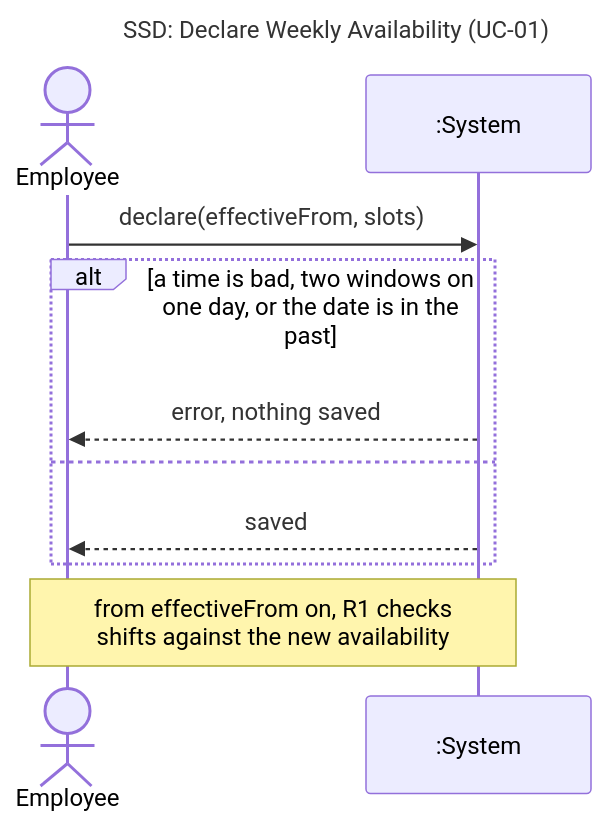
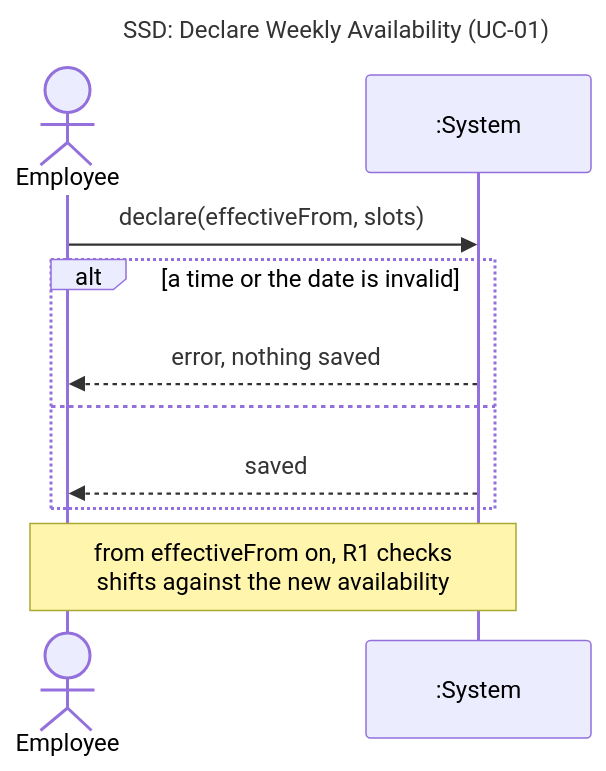
The diagram in diagrams/mmd/requirements/ssd_availability.mmd (perfettiful/ShiftChex), drawn with Mermaid before and after one commit. The commit also changed 16 other files, not shown here.

```diff
--- a/diagrams/mmd/requirements/ssd_availability.mmd
+++ b/diagrams/mmd/requirements/ssd_availability.mmd
@@ -1,13 +1,13 @@
 ---
 title: "SSD: Declare Weekly Availability (UC-01)"
 ---
 sequenceDiagram
     actor Employee
     participant System as :System
     Employee->>System: declare(effectiveFrom, slots)
-    alt a time is bad, two windows on one day, or the date is in the past
+    alt a time or the date is invalid
         System-->>Employee: error, nothing saved
     else
         System-->>Employee: saved
     end
     Note over Employee,System: from effectiveFrom on, R1 checks<br/>shifts against the new availability
```
